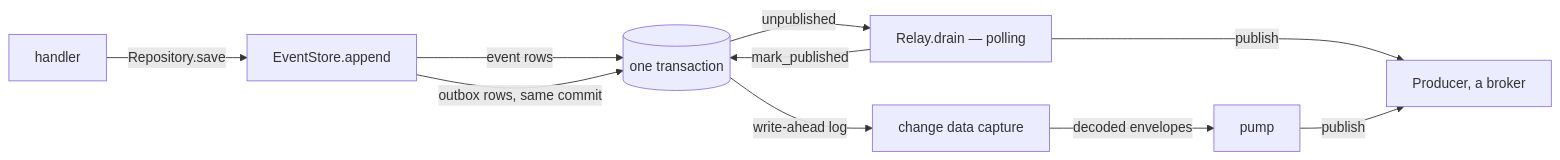
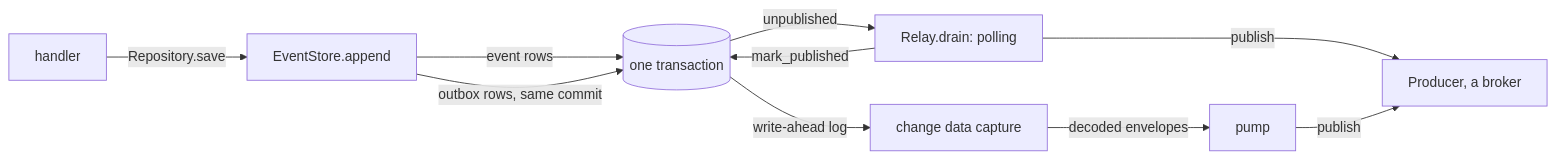
Before and after one commit to haskian/edax: the first of 5 diagrams in docs/sdk/outbox.md, drawn with Mermaid. The commit also changed other lines of this file and 117 other files, not shown here.

````diff
--- a/docs/sdk/outbox.md
+++ b/docs/sdk/outbox.md
@@ -11,12 +11,12 @@
 ```mermaid
 flowchart LR
     H["handler"] -->|"Repository.save"| A["EventStore.append"]
     A -->|"event rows"| DB[("one transaction")]
     A -->|"outbox rows, same commit"| DB
-    DB -->|"unpublished"| RL["Relay.drain — polling"]
+    DB -->|"unpublished"| RL["Relay.drain: polling"]
     DB -->|"write-ahead log"| CDC["change data capture"]
     CDC -->|"decoded envelopes"| PM["pump"]
     RL -->|"publish"| B["Producer, a broker"]
     PM -->|"publish"| B
     RL -->|"mark_published"| DB
 ```
````
